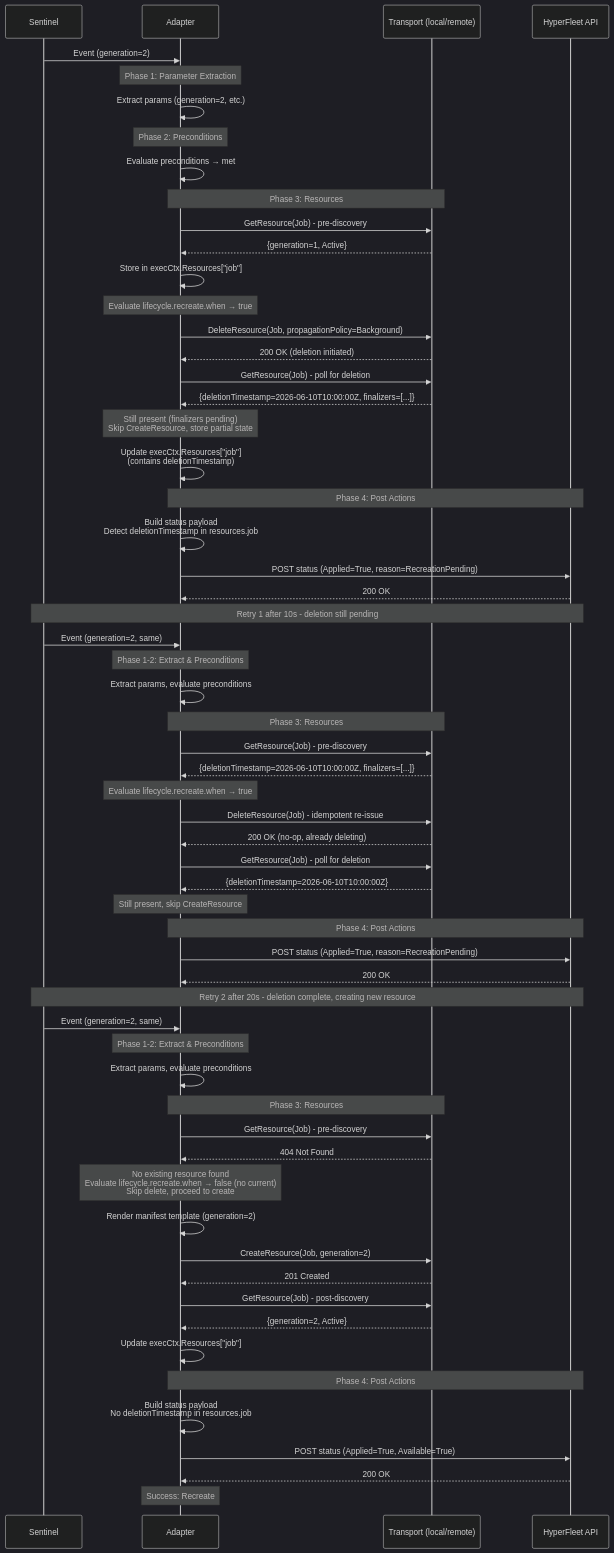
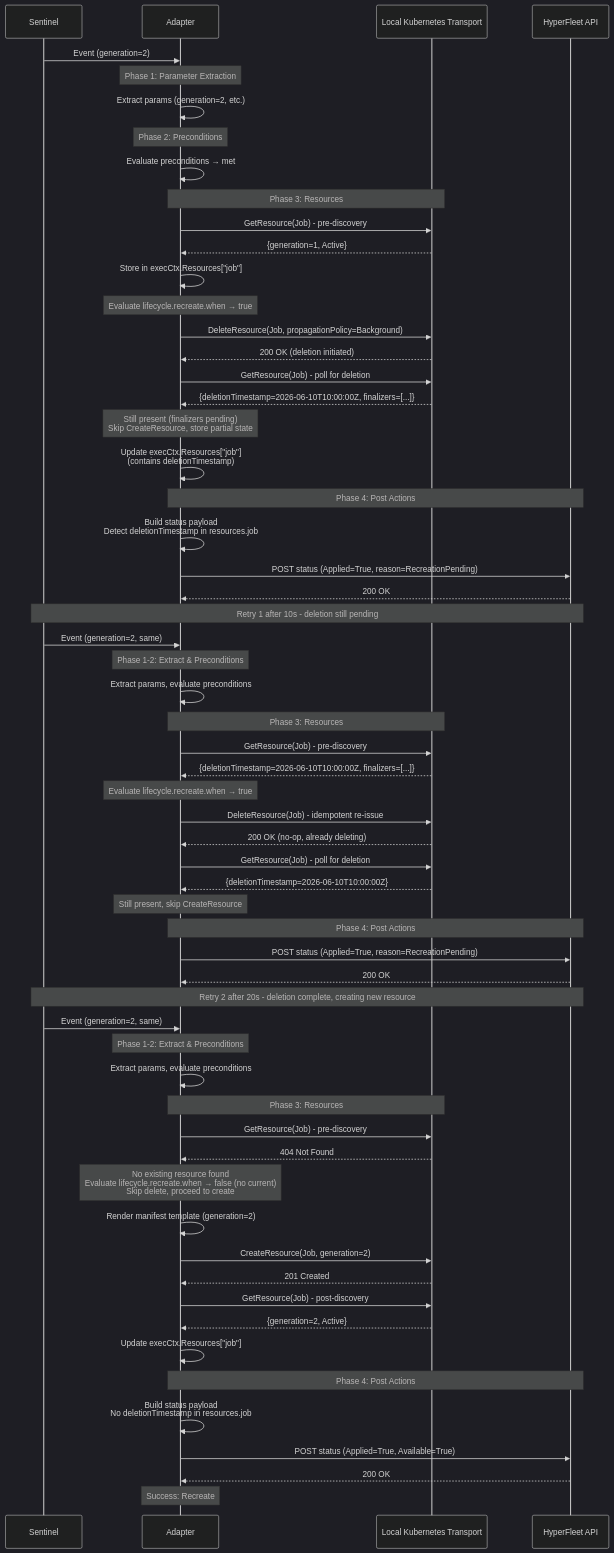
Before and after one commit to rafabene/hyperfleet-architecture: the second of 2 diagrams in hyperfleet/components/adapter/framework/adapter-recreation-flow-design.md, drawn with Mermaid (dark theme). The commit also changed other lines of this file and 8 other files, not shown here.

````diff
--- a/hyperfleet/components/adapter/framework/adapter-recreation-flow-design.md
+++ b/hyperfleet/components/adapter/framework/adapter-recreation-flow-design.md
@@ -279,81 +280,81 @@
 ```mermaid
 sequenceDiagram
     participant Sentinel as Sentinel
     participant Adapter as Adapter
-    participant Transport as Transport (local/remote)
+    participant Transport as Local Kubernetes Transport
     participant API as HyperFleet API
 
     Sentinel->>Adapter: Event (generation=2)
 
     Note over Adapter: Phase 1: Parameter Extraction
     Adapter->>Adapter: Extract params (generation=2, etc.)
 
     Note over Adapter: Phase 2: Preconditions
     Adapter->>Adapter: Evaluate preconditions → met
 
     Note over Adapter,Transport: Phase 3: Resources
     Adapter->>Transport: GetResource(Job) - pre-discovery
     Transport-->>Adapter: {generation=1, Active}
     Adapter->>Adapter: Store in execCtx.Resources["job"]
 
     Note over Adapter: Evaluate lifecycle.recreate.when → true
     Adapter->>Transport: DeleteResource(Job, propagationPolicy=Background)
     Transport-->>Adapter: 200 OK (deletion initiated)
 
     Adapter->>Transport: GetResource(Job) - poll for deletion
     Transport-->>Adapter: {deletionTimestamp=2026-06-10T10:00:00Z, finalizers=[...]}
     Note over Adapter: Still present (finalizers pending)<br/>Skip CreateResource, store partial state
     Adapter->>Adapter: Update execCtx.Resources["job"]<br/>(contains deletionTimestamp)
 
     Note over Adapter,API: Phase 4: Post Actions
     Adapter->>Adapter: Build status payload<br/>Detect deletionTimestamp in resources.job
     Adapter->>API: POST status (Applied=True, reason=RecreationPending)
     API-->>Adapter: 200 OK
 
     Note over Sentinel,API: Retry 1 after 10s - deletion still pending
     Sentinel->>Adapter: Event (generation=2, same)
 
     Note over Adapter: Phase 1-2: Extract & Preconditions
     Adapter->>Adapter: Extract params, evaluate preconditions
 
     Note over Adapter,Transport: Phase 3: Resources
     Adapter->>Transport: GetResource(Job) - pre-discovery
     Transport-->>Adapter: {deletionTimestamp=2026-06-10T10:00:00Z, finalizers=[...]}
     Note over Adapter: Evaluate lifecycle.recreate.when → true
     Adapter->>Transport: DeleteResource(Job) - idempotent re-issue
     Transport-->>Adapter: 200 OK (no-op, already deleting)
 
     Adapter->>Transport: GetResource(Job) - poll for deletion
     Transport-->>Adapter: {deletionTimestamp=2026-06-10T10:00:00Z}
     Note over Adapter: Still present, skip CreateResource
 
     Note over Adapter,API: Phase 4: Post Actions
     Adapter->>API: POST status (Applied=True, reason=RecreationPending)
     API-->>Adapter: 200 OK
 
     Note over Sentinel,API: Retry 2 after 20s - deletion complete, creating new resource
     Sentinel->>Adapter: Event (generation=2, same)
 
     Note over Adapter: Phase 1-2: Extract & Preconditions
     Adapter->>Adapter: Extract params, evaluate preconditions
 
     Note over Adapter,Transport: Phase 3: Resources
     Adapter->>Transport: GetResource(Job) - pre-discovery
     Transport-->>Adapter: 404 Not Found
     Note over Adapter: No existing resource found<br/>Evaluate lifecycle.recreate.when → false (no current)<br/>Skip delete, proceed to create
 
     Adapter->>Adapter: Render manifest template (generation=2)
     Adapter->>Transport: CreateResource(Job, generation=2)
     Transport-->>Adapter: 201 Created
 
     Adapter->>Transport: GetResource(Job) - post-discovery
     Transport-->>Adapter: {generation=2, Active}
     Adapter->>Adapter: Update execCtx.Resources["job"]
 
     Note over Adapter,API: Phase 4: Post Actions
     Adapter->>Adapter: Build status payload<br/>No deletionTimestamp in resources.job
     Adapter->>API: POST status (Applied=True, Available=True)
     API-->>Adapter: 200 OK
 
     Note over Adapter: Success: Recreate
 ```
````
